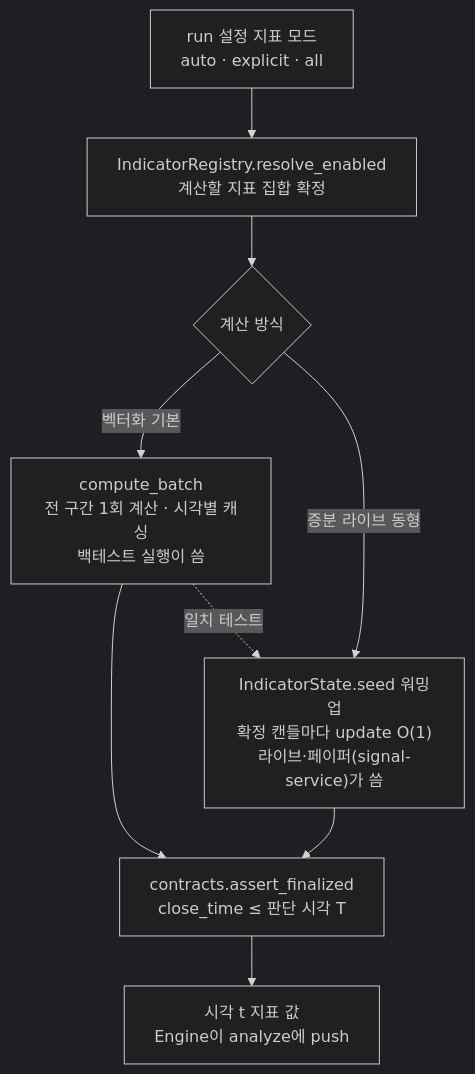
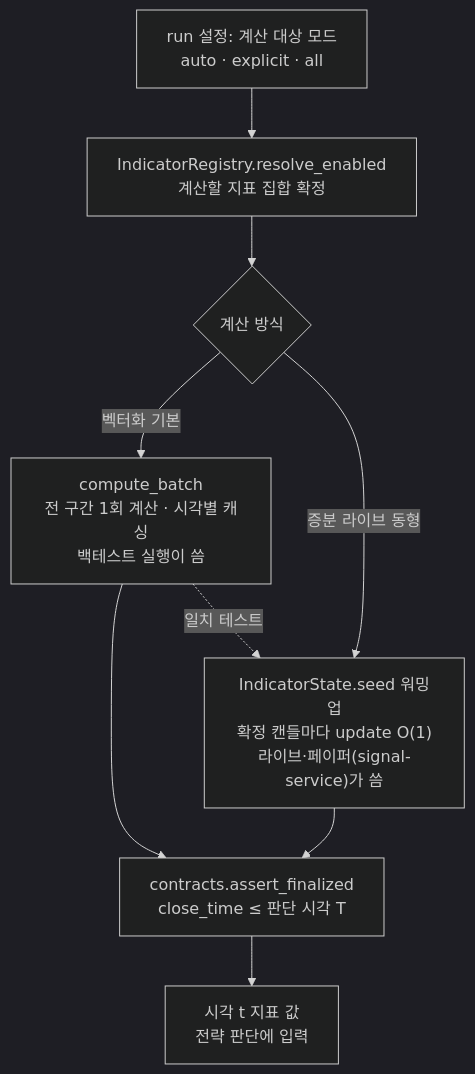
The ninth of 17 diagrams in docs/fullspec/backtest_v2_detailed_design.md (vessel35/trading-system-v2), drawn with Mermaid (dark theme) before and after one commit.

Commit message:
docs(b-corelib-classes): §4.1.2 지표 계산 플로우차트 정정(출력 귀속·용어 정합)(정본 0754caa 미러)
OUT "전략 판단에 입력"으로 방식 무관 수정, CFG "계산 대상 모드"로 용어 정합.

````diff
--- a/docs/fullspec/backtest_v2_detailed_design.md
+++ b/docs/fullspec/backtest_v2_detailed_design.md
@@ -1495,11 +1495,11 @@
 ```mermaid
 flowchart TD
-    CFG["run 설정 지표 모드<br/>auto · explicit · all"] --> RESOLVE["IndicatorRegistry.resolve_enabled<br/>계산할 지표 집합 확정"]
+    CFG["run 설정: 계산 대상 모드<br/>auto · explicit · all"] --> RESOLVE["IndicatorRegistry.resolve_enabled<br/>계산할 지표 집합 확정"]
     RESOLVE --> MODE{"계산 방식"}
     MODE -->|"벡터화 기본"| VEC["compute_batch<br/>전 구간 1회 계산 · 시각별 캐싱<br/>백테스트 실행이 씀"]
     MODE -->|"증분 라이브 동형"| INC["IndicatorState.seed 워밍업<br/>확정 캔들마다 update O(1)<br/>라이브·페이퍼(signal-service)가 씀"]
     VEC --> GATE["contracts.assert_finalized<br/>close_time ≤ 판단 시각 T"]
     INC --> GATE
-    GATE --> OUT["시각 t 지표 값<br/>Engine이 analyze에 push"]
+    GATE --> OUT["시각 t 지표 값<br/>전략 판단에 입력"]
     VEC -. 일치 테스트 .-> INC
 ```
````
